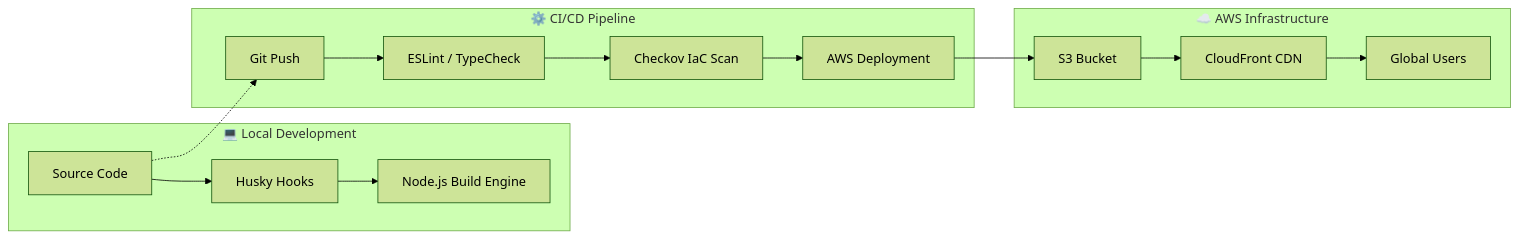
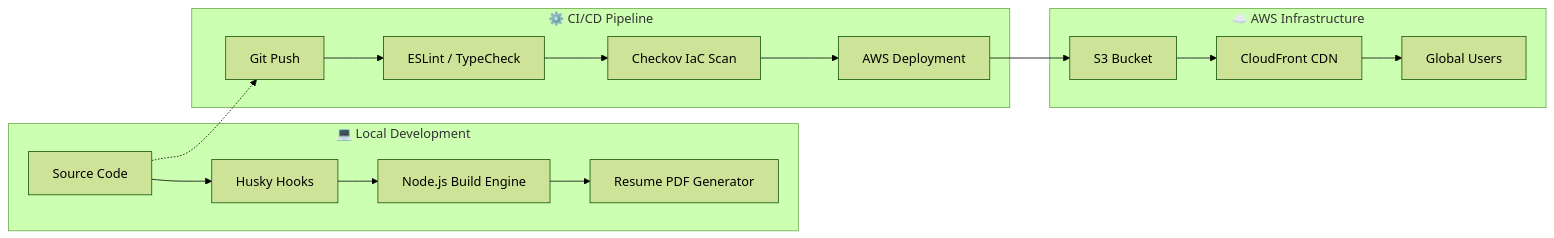
One commit to shubhmate/cloud-native-portfolio changed the diagram in README.md. Above: the diagram before and after it, drawn with Mermaid (forest theme). The commit also changed other lines of this file and 1 other file, not shown here.

Commit message:
docs: upgrade README and config with Resume-as-Code technical documentation

````diff
--- a/README.md
+++ b/README.md
@@ -17,21 +17,22 @@
 ```mermaid
 graph LR
     subgraph Local_Dev ["💻 Local Development"]
         Code[Source Code] --> Husky[Husky Hooks]
         Husky --> Build[Node.js Build Engine]
+        Build --> PDF[Resume PDF Generator]
     end
 
     subgraph GitHub_Actions ["⚙️ CI/CD Pipeline"]
         Push[Git Push] --> Lint[ESLint / TypeCheck]
         Lint --> Scan[Checkov IaC Scan]
         Scan --> Deploy[AWS Deployment]
     end
 
     subgraph AWS_Cloud ["☁️ AWS Infrastructure"]
         Deploy --> S3[S3 Bucket]
         S3 --> CF[CloudFront CDN]
         CF --> User[Global Users]
     end
 
     Code -.-> Push
 ```
````
